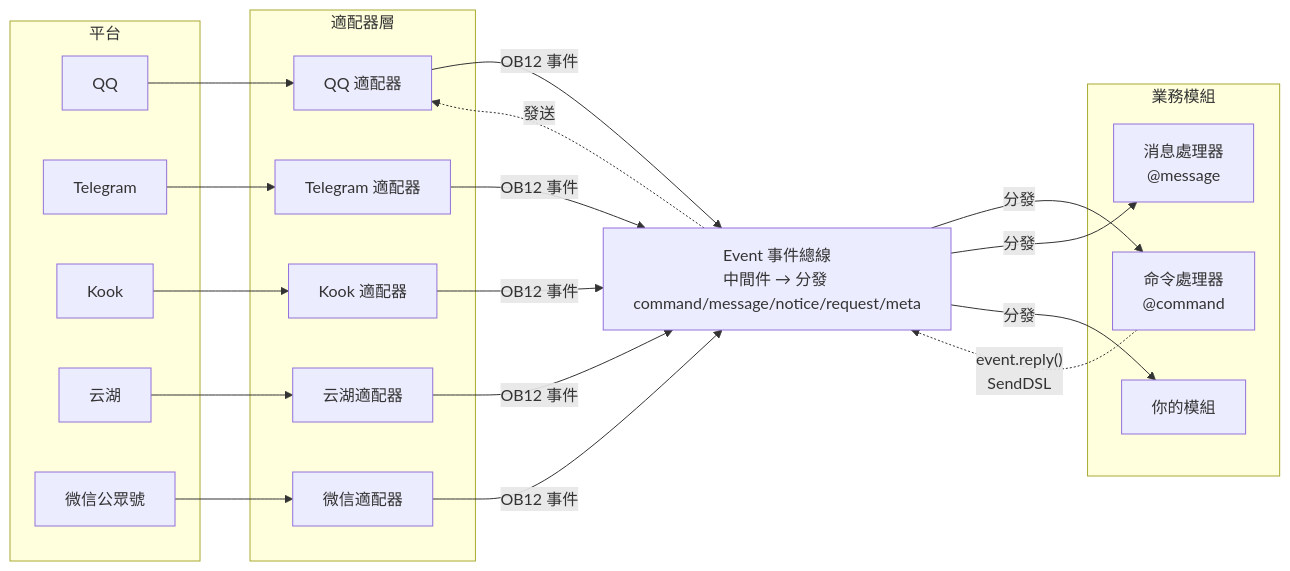
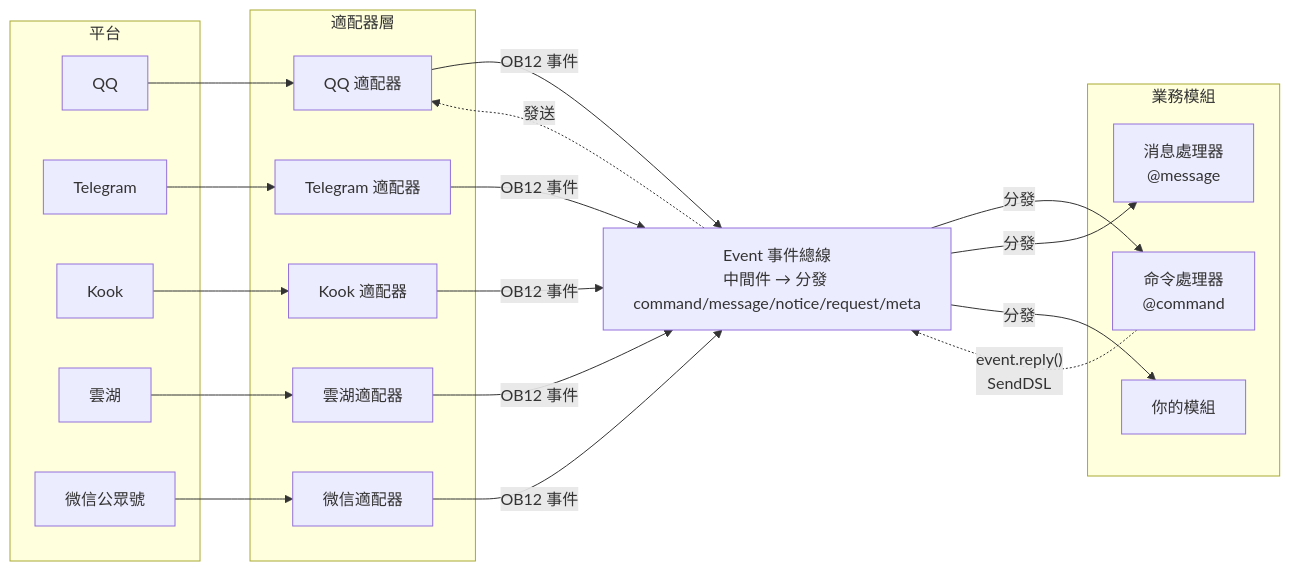
The first of 2 diagrams in README.zh-TW.md (ErisPulse/ErisPulse), drawn with Mermaid before and after one commit. The commit also changed other lines of this file and 7 other files, not shown here.

````diff
--- a/README.zh-TW.md
+++ b/README.zh-TW.md
@@ -112,45 +112,45 @@
 ```mermaid
 graph LR
     subgraph Platforms[平台]
         QQ["QQ"]
         TG["Telegram"]
         Kook["Kook"]
-        YH["云湖"]
+        YH["雲湖"]
         WX["微信公眾號"]
     end
 
     subgraph Adapters[適配器層]
         A1["QQ 適配器"]
         A2["Telegram 適配器"]
         A3["Kook 適配器"]
-        A4["云湖適配器"]
+        A4["雲湖適配器"]
         A5["微信適配器"]
     end
 
     Event["Event 事件總線<br/>中間件 → 分發 command/message/notice/request/meta"]
 
     subgraph Modules[業務模組]
         M1["命令處理器<br/>@command"]
         M2["消息處理器<br/>@message"]
         M3["你的模組"]
     end
 
     QQ --> A1
     TG --> A2
     Kook --> A3
     YH --> A4
     WX --> A5
 
     A1 -->|"OB12 事件"| Event
     A2 -->|"OB12 事件"| Event
     A3 -->|"OB12 事件"| Event
     A4 -->|"OB12 事件"| Event
     A5 -->|"OB12 事件"| Event
 
     Event -->|"分發"| M1
     Event -->|"分發"| M2
     Event -->|"分發"| M3
 
     M1 -.->|"event.reply()<br/>SendDSL"| Event
     Event -.->|"發送"| A1
 ```
````
